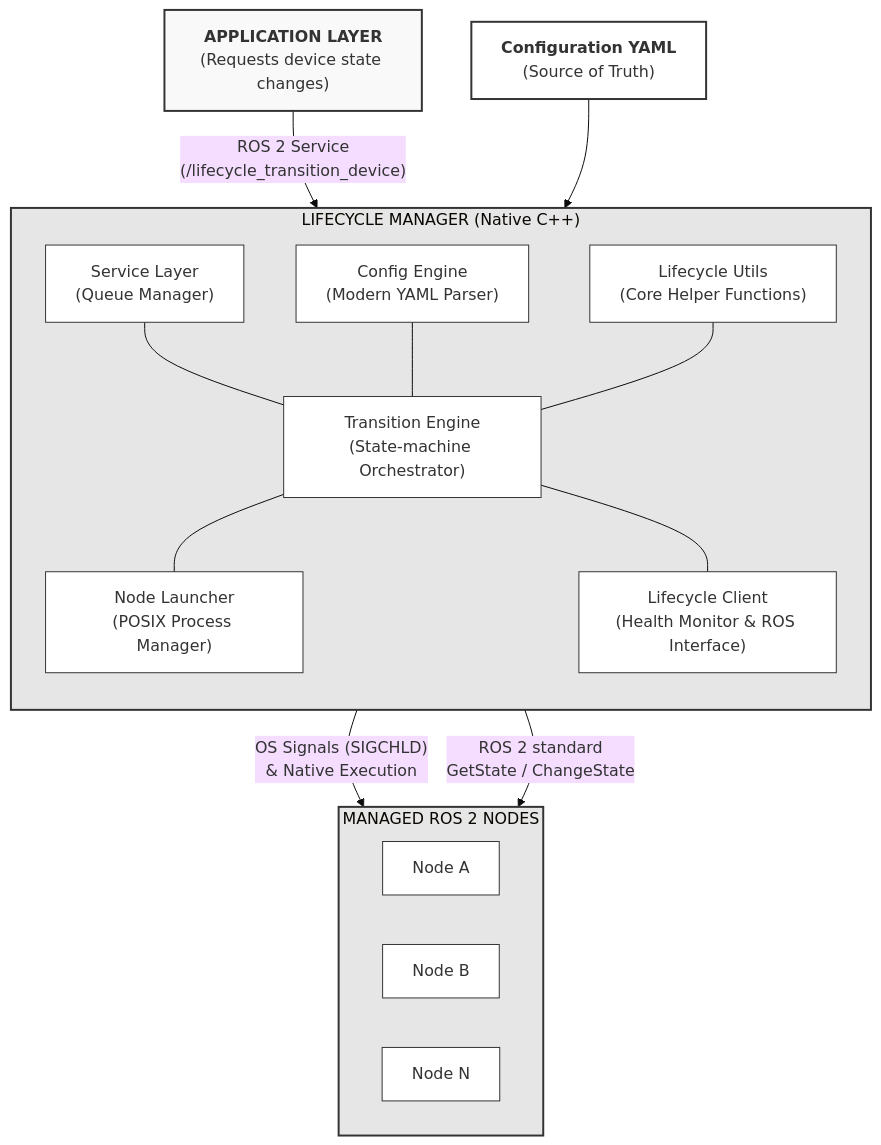
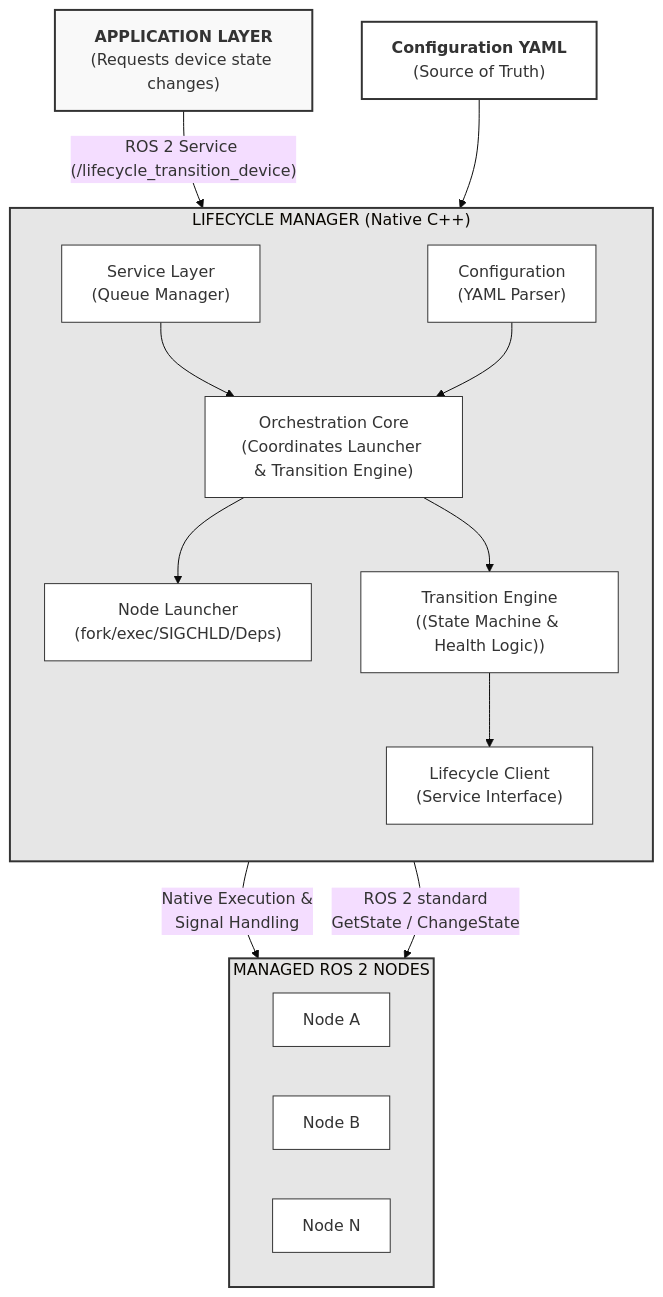
Before and after one commit to Open-Edge-Robotics/A.RobotAI-LGE-ROS2-LifecycleManager: the first of 3 diagrams in README.md, drawn with Mermaid (base theme). The commit also changed other lines of this file, not shown here.

````diff
--- a/README.md
+++ b/README.md
@@ -117,48 +117,48 @@
 ```mermaid
 flowchart TD
     App["<b>APPLICATION LAYER</b><br/>(Requests device state changes)"]
     YAML["<b>Configuration YAML</b><br/>(Source of Truth)"]
 
     subgraph Manager ["LIFECYCLE MANAGER (Native C++)"]
         direction TB
         SL["Service Layer<br/>(Queue Manager)"]
-        Conf["Config Engine<br/>(Modern YAML Parser)"]
-        TE["Transition Engine<br/>(State-machine Orchestrator)"]
-        NL["Node Launcher<br/>(POSIX Process Manager)"]
-        LC["Lifecycle Client<br/>(Health Monitor & ROS Interface)"]
-        Utils["Lifecycle Utils<br/>(Core Helper Functions)"]
+        Conf["Configuration<br/>(YAML Parser)"]
+        Core["Orchestration Core<br/>(Coordinates Launcher & Transition Engine)"]
+        NL["Node Launcher<br/>(fork/exec/SIGCHLD/Deps)"]
+        TE["Transition Engine<br/>((State Machine & Health Logic))"]
+        LC["Lifecycle Client<br/>(Service Interface)"]
         
-        SL --- TE
-        Conf --- TE
-        TE --- NL
-        TE --- LC
-        Utils --- TE
+        SL --> Core
+        Conf --> Core
+        Core --> NL
+        Core --> TE
+        TE --> LC
     end
 
     subgraph Nodes ["MANAGED ROS 2 NODES"]
         direction LR
         NA["Node A"]
         NB["Node B"]
         NN["Node N"]
     end
 
-    App -- "ROS 2 Service<br/>(/lifecycle_transition_device)" --> SL
+    App -- "ROS 2 Service (/lifecycle_transition_device)" --> SL
     YAML --> Conf
     
-    NL -- "OS Signals (SIGCHLD)<br/>& Native Execution" --> Nodes
+    NL -- "Native Execution &<br/>Signal Handling" --> Nodes
     LC -- "ROS 2 standard<br/>GetState / ChangeState" --> Nodes
 
     style App fill:#f9f9f9,stroke:#333,stroke-width:2px
     style Manager fill:#e6e6e6,stroke:#333,stroke-width:2px
     style Nodes fill:#e6e6e6,stroke:#333,stroke-width:2px
     style SL fill:#fff,stroke:#333
     style Conf fill:#fff,stroke:#333
+    style Core fill:#fff,stroke:#333
     style TE fill:#fff,stroke:#333
     style NL fill:#fff,stroke:#333
     style LC fill:#fff,stroke:#333
-    style Utils fill:#fff,stroke:#333
     style YAML fill:#fff,stroke:#333,stroke-width:2px
     style NA fill:#fff,stroke:#333
     style NB fill:#fff,stroke:#333
     style NN fill:#fff,stroke:#333
 ```
````
